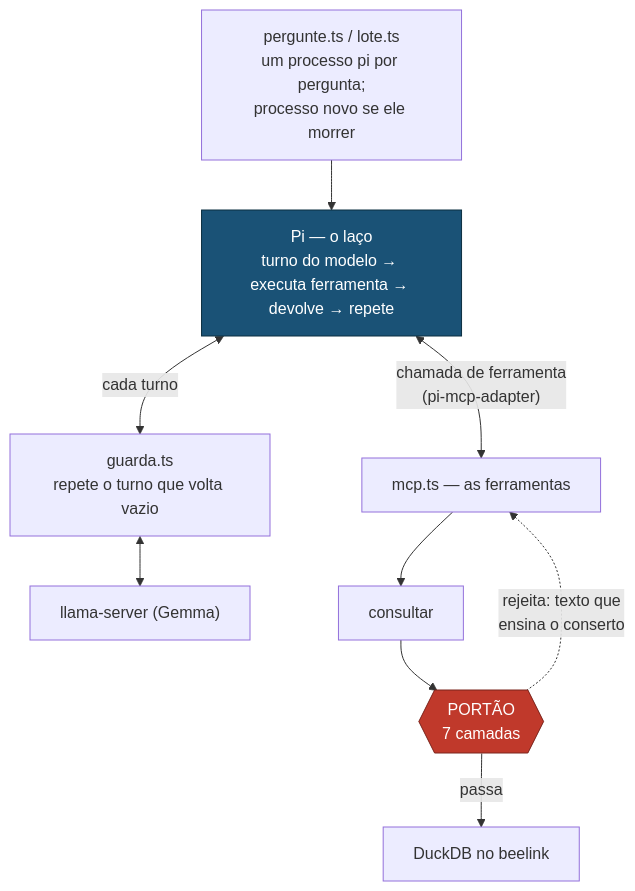
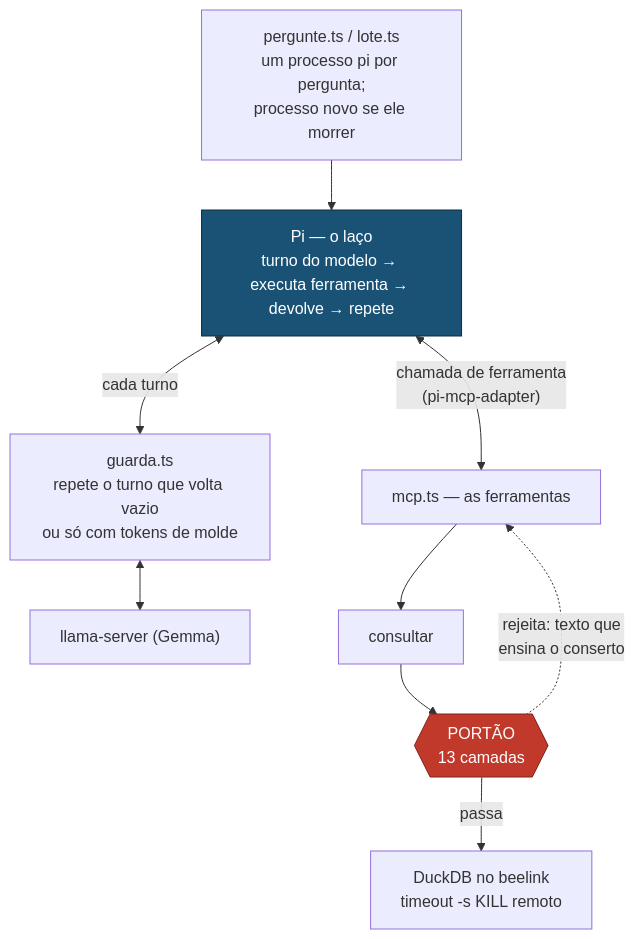
One commit to rafapolo/rodado changed the third of 3 diagrams in harness/README.md. Above: the diagram before and after it, drawn with Mermaid. The commit also changed other lines of this file and 2 other files, not shown here.

First line of the commit message:
fix: portao recusa literal que a coluna nao tem, e os diagramas mostram as 13 camadas

````diff
--- a/harness/README.md
+++ b/harness/README.md
@@ -167,15 +180,15 @@
 ```mermaid
 flowchart TD
     L["pergunte.ts / lote.ts<br/>um processo pi por pergunta;<br/>processo novo se ele morrer"] --> D
     D["Pi — o laço<br/>turno do modelo → executa ferramenta → devolve → repete"]
-    D <-->|"cada turno"| G["guarda.ts<br/>repete o turno que volta vazio"]
+    D <-->|"cada turno"| G["guarda.ts<br/>repete o turno que volta vazio<br/>ou só com tokens de molde"]
     G <--> M["llama-server (Gemma)"]
     D <-->|"chamada de ferramenta<br/>(pi-mcp-adapter)"| T["mcp.ts — as ferramentas"]
     T --> C["consultar"]
-    C --> P{{"PORTÃO<br/>7 camadas"}}
-    P -->|passa| B["DuckDB no beelink"]
+    C --> P{{"PORTÃO<br/>13 camadas"}}
+    P -->|passa| B["DuckDB no beelink<br/>timeout -s KILL remoto"]
     P -.->|"rejeita: texto que<br/>ensina o conserto"| T
 
     style P fill:#c0392b,color:#fff,stroke:#7b241c
     style D fill:#1a5276,color:#fff,stroke:#0b2e40
 ```
````
